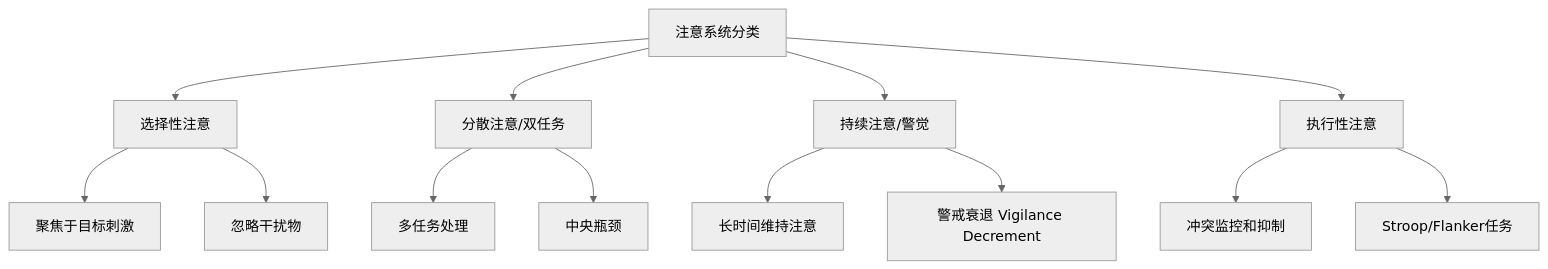
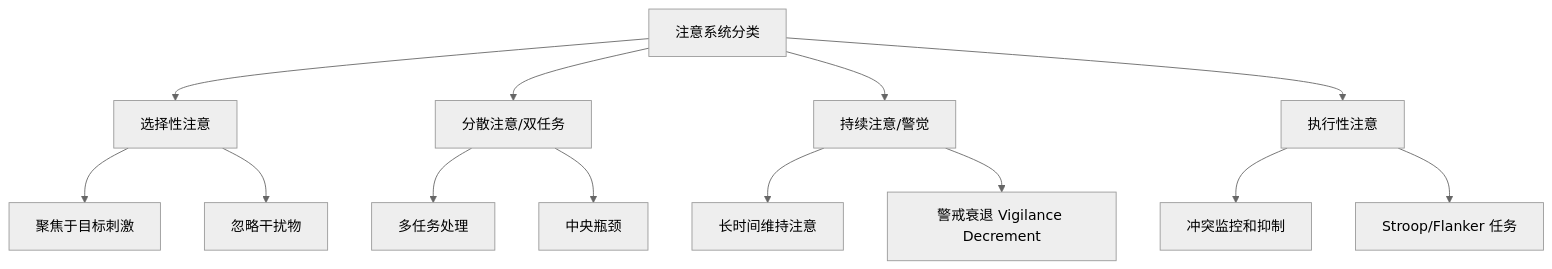
Before and after one commit to Tianshang301/TianshangKnowledgeBase: the diagram in 03_HumanitiesAndSocialSciences/Psychology/Attention.md, drawn with Mermaid (neutral theme). The commit also changed other lines of this file and 2257 other files, not shown here.

````diff
--- a/03_HumanitiesAndSocialSciences/Psychology/Attention.md
+++ b/03_HumanitiesAndSocialSciences/Psychology/Attention.md
@@ -14,15 +16,15 @@
 ```mermaid
 graph TD
     A[注意系统分类] --> B[选择性注意]
     A --> C[分散注意/双任务]
     A --> D[持续注意/警觉]
     A --> E[执行性注意]
     B --> F[聚焦于目标刺激]
     B --> G[忽略干扰物]
     C --> H[多任务处理]
     C --> I[中央瓶颈]
     D --> J[长时间维持注意]
     D --> K[警戒衰退 Vigilance Decrement]
     E --> L[冲突监控和抑制]
-    E --> M[Stroop/Flanker任务]
+    E --> M[Stroop/Flanker 任务]
 ```
````
